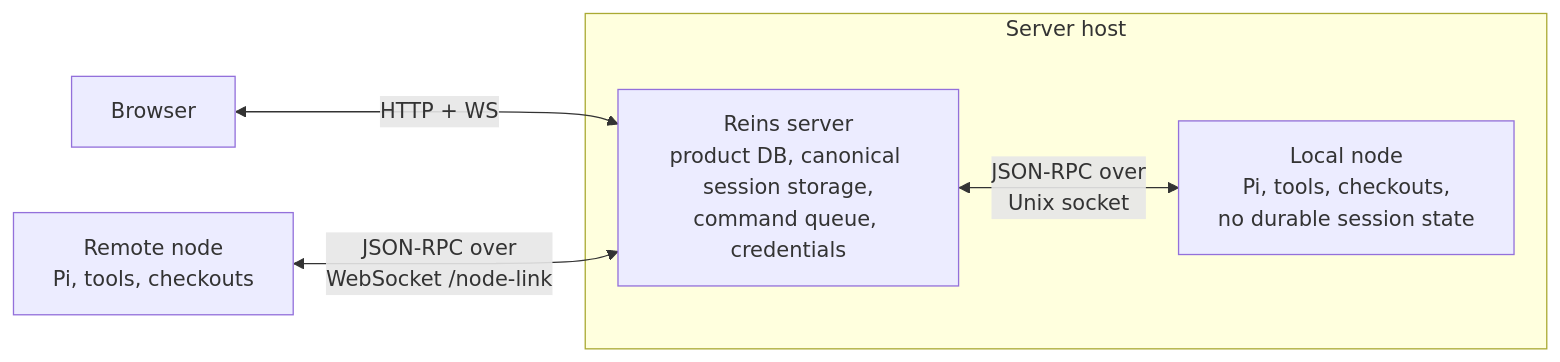
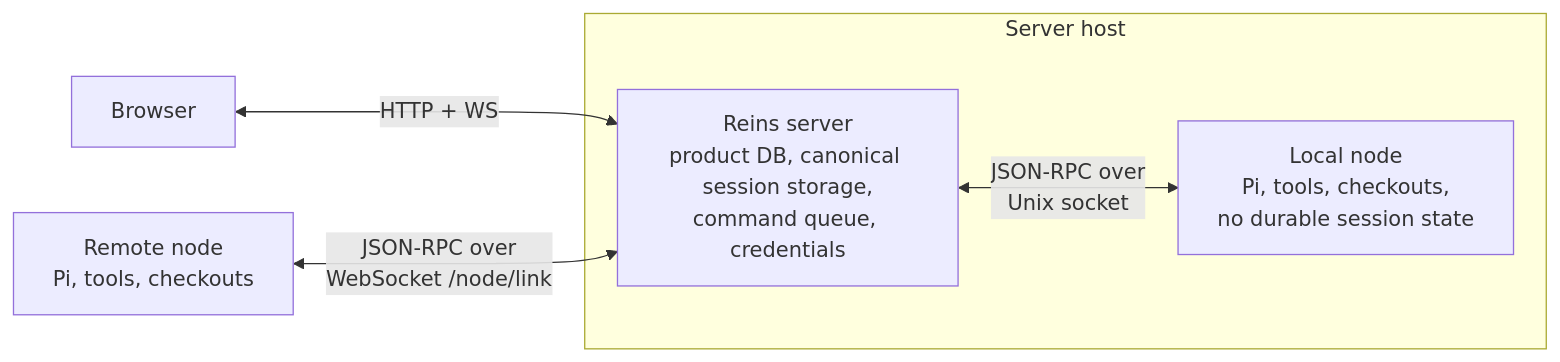
Before and after one commit to willtcarey/reins: the diagram in docs/plans/node-architecture.md, drawn with Mermaid. The commit also changed other lines of this file and 23 other files, not shown here.

Commit message:
The remote node link is at /node/link

````diff
--- a/docs/plans/node-architecture.md
+++ b/docs/plans/node-architecture.md
@@ -9,10 +9,10 @@
 ```mermaid
 graph LR
     Browser[Browser] <-->|HTTP + WS| Server
     subgraph Server host
         Server[Reins server\nproduct DB, canonical session storage,\ncommand queue, credentials]
         Local[Local node\nPi, tools, checkouts,\nno durable session state]
         Server <-->|JSON-RPC over\nUnix socket| Local
     end
-    Remote[Remote node\nPi, tools, checkouts] <-->|JSON-RPC over\nWebSocket /node-link| Server
+    Remote[Remote node\nPi, tools, checkouts] <-->|JSON-RPC over\nWebSocket /node/link| Server
 ```
````
